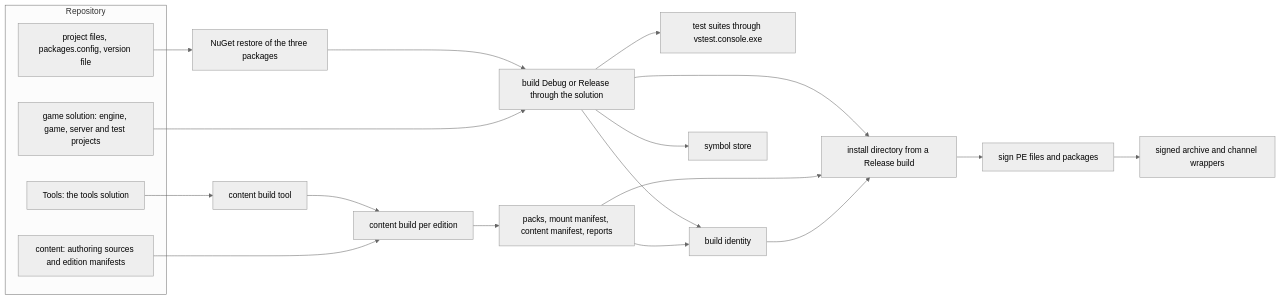
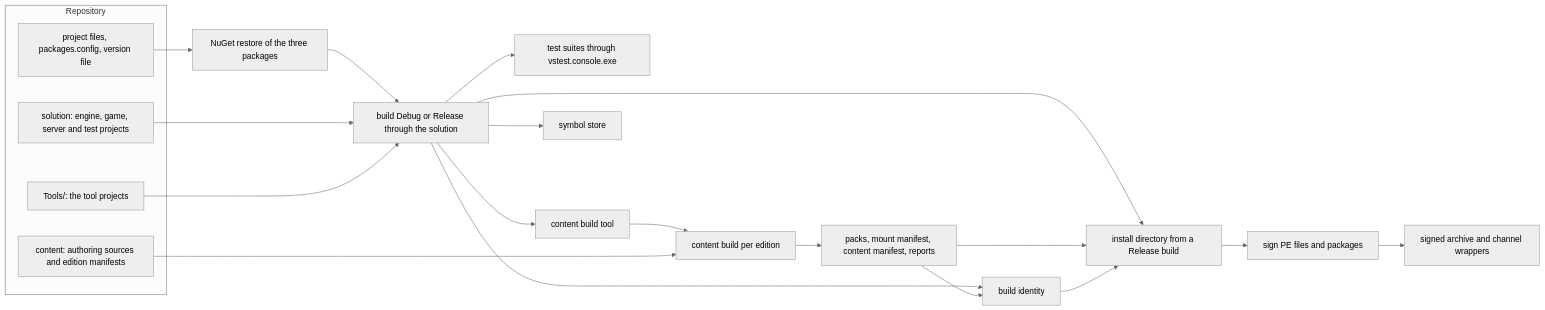
One commit to Zwaliebaba/Species.AI changed the first of 5 diagrams in design_next/architecture/components/build_tooling_and_distribution.md. Above: the diagram before and after it, drawn with Mermaid (neutral theme). The commit also changed other lines of this file and 48 other files, not shown here.

````diff
--- a/design_next/architecture/components/build_tooling_and_distribution.md
+++ b/design_next/architecture/components/build_tooling_and_distribution.md
@@ -43,25 +43,26 @@
 ```mermaid
 flowchart LR
   subgraph Repo["Repository"]
-    SLN["game solution: engine, game, server and test projects"]
-    TSL["Tools: the tools solution"]
+    SLN["solution: engine, game, server and test projects"]
+    TSL["Tools/: the tool projects"]
     CNT["content: authoring sources and edition manifests"]
     PIN["project files, packages.config, version file"]
   end
   PIN --> RES["NuGet restore of the three packages"]
   RES --> CMP["build Debug or Release through the solution"]
   SLN --> CMP
+  TSL --> CMP
   CMP --> TST["test suites through vstest.console.exe"]
-  TSL --> TOOL["content build tool"]
+  CMP --> TOOL["content build tool"]
   TOOL --> CB["content build per edition"]
   CNT --> CB
   CB --> PK["packs, mount manifest, content manifest, reports"]
   CMP --> ID["build identity"]
   PK --> ID
   CMP --> INS["install directory from a Release build"]
   PK --> INS
   ID --> INS
   INS --> SIG["sign PE files and packages"]
   SIG --> ARC["signed archive and channel wrappers"]
   CMP --> SYM["symbol store"]
 ```
````
